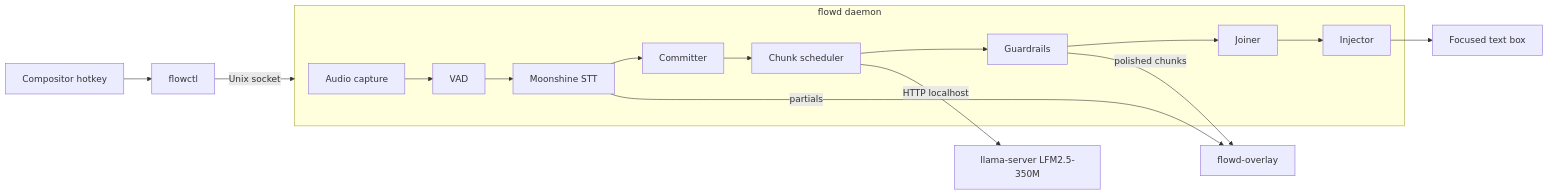
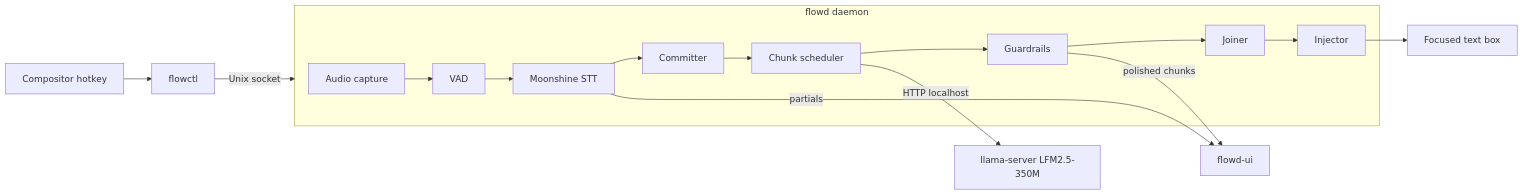
One commit to harshitsaini17/flowd changed the diagram in docs/spec.md. Above: the diagram before and after it, drawn with Mermaid. The commit also changed other lines of this file and 5 other files, not shown here.

First line of the commit message:
docs: record the native build, flowd-ui, settings page and mic release decisions

````diff
--- a/docs/spec.md
+++ b/docs/spec.md
@@ -107,18 +107,18 @@
 ```mermaid
 flowchart LR
   HK[Compositor hotkey] --> CTL[flowctl]
   CTL -- Unix socket --> D
   subgraph D[flowd daemon]
     A[Audio capture] --> V[VAD]
     V --> S[Moonshine STT]
     S --> C[Committer]
     C --> Q[Chunk scheduler]
     Q --> G[Guardrails]
     G --> J[Joiner]
     J --> I[Injector]
   end
   Q -- HTTP localhost --> L[llama-server LFM2.5-350M]
-  S -- partials --> O[flowd-overlay]
+  S -- partials --> O[flowd-ui]
   G -- polished chunks --> O
   I --> T[Focused text box]
 ```
````
